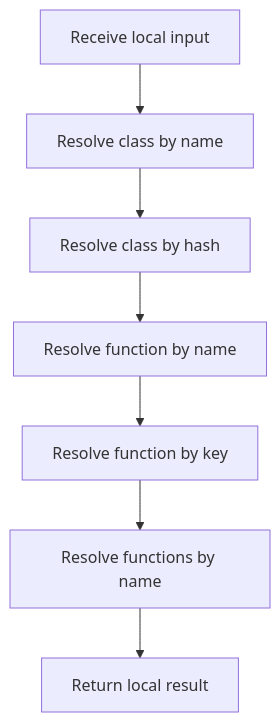
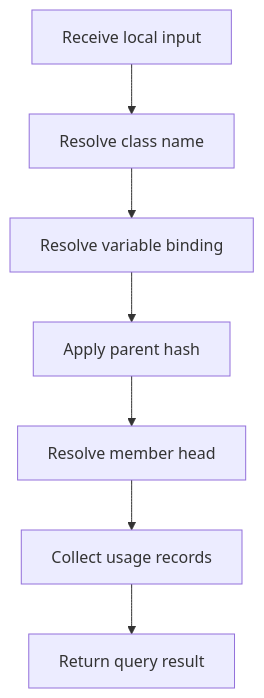
One commit to JohnAndrewBalbarosa/NeoTerritory changed the diagram in docs/Codebase/Microservice/Modules/Source/Analysis/ImplementationUse/Resolution/Symbols/query.cpp.md. Above: the diagram before and after it, drawn with Mermaid. The commit also changed other lines of this file and 147 other files, not shown here.

````diff
--- a/docs/Codebase/Microservice/Modules/Source/Analysis/ImplementationUse/Resolution/Symbols/query.cpp.md
+++ b/docs/Codebase/Microservice/Modules/Source/Analysis/ImplementationUse/Resolution/Symbols/query.cpp.md
@@ -24,16 +35,16 @@
 ```mermaid
 flowchart TD
     N0["Receive local input"]
-    N1["Resolve class by name"]
-    N2["Resolve class by hash"]
-    N3["Resolve function by name"]
-    N4["Resolve function by key"]
-    N5["Resolve functions by name"]
-    N6["Return local result"]
+    N1["Resolve class name"]
+    N2["Resolve variable binding"]
+    N3["Apply parent hash"]
+    N4["Resolve member head"]
+    N5["Collect usage records"]
+    N6["Return query result"]
     N0 --> N1
     N1 --> N2
     N2 --> N3
     N3 --> N4
     N4 --> N5
     N5 --> N6
 ```
````
